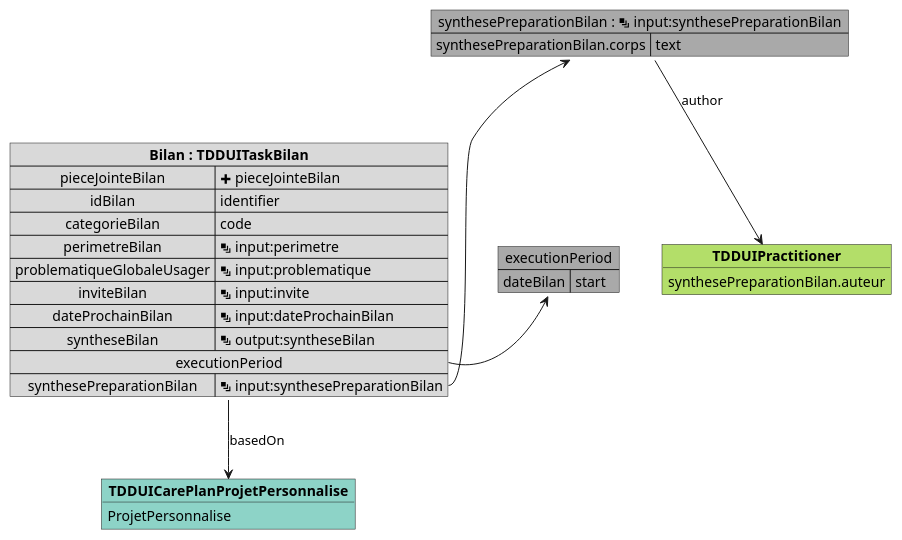
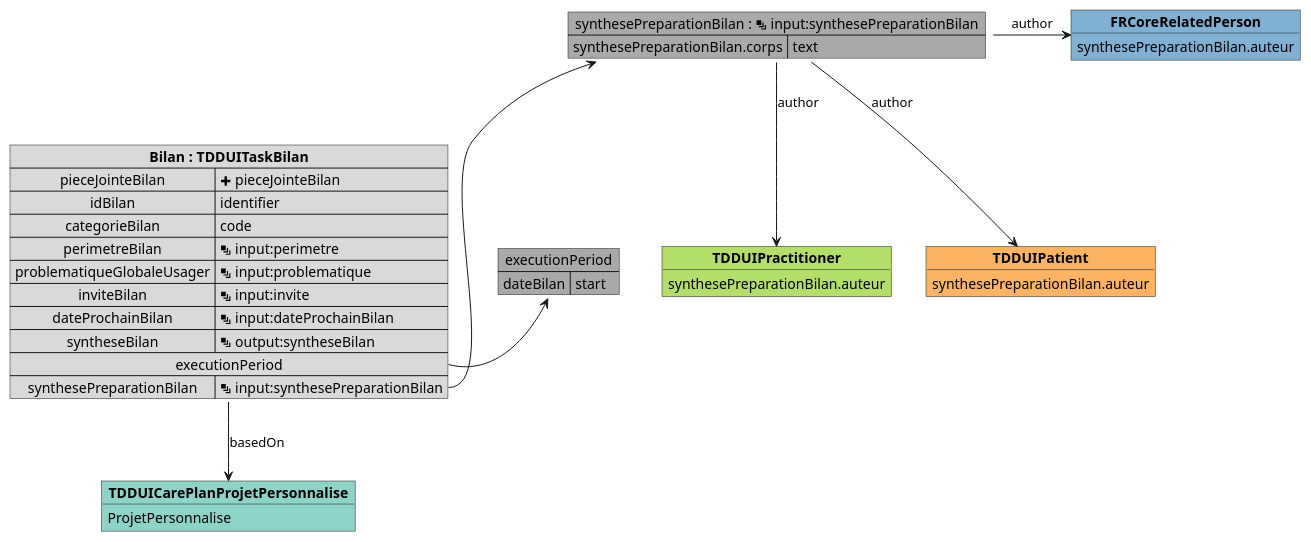
One commit to ansforge/IG-fhir-medicosocial-transfert-donnees-dui changed the diagram in input/images-source/mapping_TDDUITaskBilan.plantuml. Above: the diagram before and after it, drawn with PlantUML. The commit also changed 5 other files, not shown here.

```diff
--- a/input/images-source/mapping_TDDUITaskBilan.plantuml
+++ b/input/images-source/mapping_TDDUITaskBilan.plantuml
@@ -1,36 +1,46 @@
 @startuml
 
 map "executionPeriod" as executionPeriod #DarkGray {
     dateBilan => start
 }
 
 map "synthesePreparationBilan : <&layers> input:synthesePreparationBilan" as synthesePreparationBilan #DarkGray {
         synthesePreparationBilan.corps => text
 }
 
 object "**TDDUIPractitioner**" as TDDUIPractitioner #b3de69 {
+    synthesePreparationBilan.auteur
+}
+
+object "**TDDUIPatient**" as TDDUIPatient #fdb462 {
+    synthesePreparationBilan.auteur
+}
+
+object "**FRCoreRelatedPerson**" as FRCoreRelatedPerson #80b1d3 {
     synthesePreparationBilan.auteur
 }
 
 object "**TDDUICarePlanProjetPersonnalise**" as TDDUICarePlanProjetPersonnalise_basedOn #8dd3c7 {
     ProjetPersonnalise
 }
 
 map "**Bilan : TDDUITaskBilan**" as Bilan #d9d9d9 {
     pieceJointeBilan => <&plus> pieceJointeBilan
     idBilan => identifier
     categorieBilan => code
     perimetreBilan => <&layers> input:perimetre
     problematiqueGlobaleUsager => <&layers> input:problematique
     inviteBilan => <&layers> input:invite
     dateProchainBilan => <&layers> input:dateProchainBilan
     syntheseBilan => <&layers> output:syntheseBilan
     executionPeriod *-> executionPeriod
     synthesePreparationBilan => <&layers> input:synthesePreparationBilan
 }
 
 Bilan::synthesePreparationBilan -u-> synthesePreparationBilan
-synthesePreparationBilan -d-> TDDUIPractitioner : author
+synthesePreparationBilan --> TDDUIPractitioner : author
+synthesePreparationBilan --> TDDUIPatient : author
+synthesePreparationBilan -> FRCoreRelatedPerson : author
 Bilan -d-> TDDUICarePlanProjetPersonnalise_basedOn : basedOn
 
 @enduml
```
